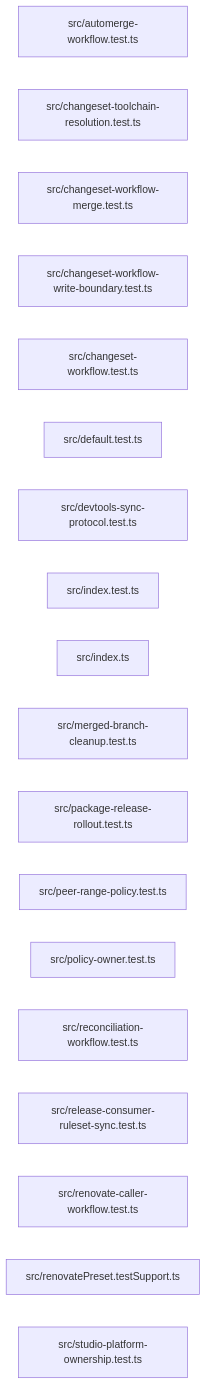
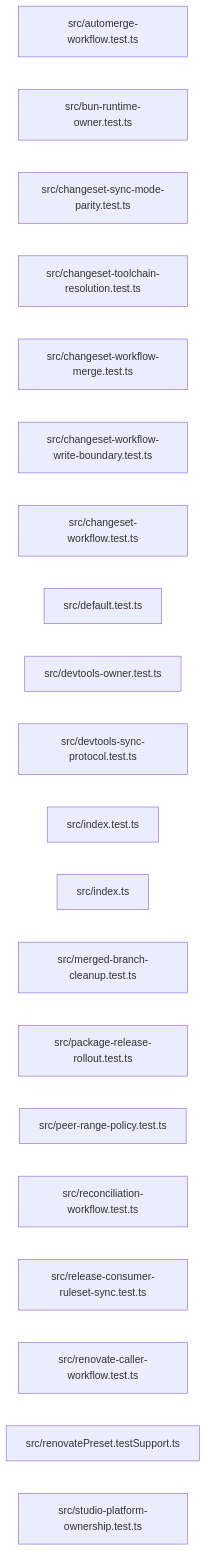
Before and after one commit to ankhorage/renovate: the diagram in paradox/diagrams/export-graph.mmd, drawn with Mermaid. The commit also changed 9 other files, not shown here.

```diff
--- a/paradox/diagrams/export-graph.mmd
+++ b/paradox/diagrams/export-graph.mmd
@@ -1,19 +1,21 @@
 graph LR
   module_src_automerge_workflow_test_ts["src/automerge-workflow.test.ts"]
+  module_src_bun_runtime_owner_test_ts["src/bun-runtime-owner.test.ts"]
+  module_src_changeset_sync_mode_parity_test_ts["src/changeset-sync-mode-parity.test.ts"]
   module_src_changeset_toolchain_resolution_test_ts["src/changeset-toolchain-resolution.test.ts"]
   module_src_changeset_workflow_merge_test_ts["src/changeset-workflow-merge.test.ts"]
   module_src_changeset_workflow_write_boundary_test_ts["src/changeset-workflow-write-boundary.test.ts"]
   module_src_changeset_workflow_test_ts["src/changeset-workflow.test.ts"]
   module_src_default_test_ts["src/default.test.ts"]
+  module_src_devtools_owner_test_ts["src/devtools-owner.test.ts"]
   module_src_devtools_sync_protocol_test_ts["src/devtools-sync-protocol.test.ts"]
   module_src_index_test_ts["src/index.test.ts"]
   module_src_index_ts["src/index.ts"]
   module_src_merged_branch_cleanup_test_ts["src/merged-branch-cleanup.test.ts"]
   module_src_package_release_rollout_test_ts["src/package-release-rollout.test.ts"]
   module_src_peer_range_policy_test_ts["src/peer-range-policy.test.ts"]
-  module_src_policy_owner_test_ts["src/policy-owner.test.ts"]
   module_src_reconciliation_workflow_test_ts["src/reconciliation-workflow.test.ts"]
   module_src_release_consumer_ruleset_sync_test_ts["src/release-consumer-ruleset-sync.test.ts"]
   module_src_renovate_caller_workflow_test_ts["src/renovate-caller-workflow.test.ts"]
   module_src_renovatePreset_testSupport_ts["src/renovatePreset.testSupport.ts"]
   module_src_studio_platform_ownership_test_ts["src/studio-platform-ownership.test.ts"]
```
